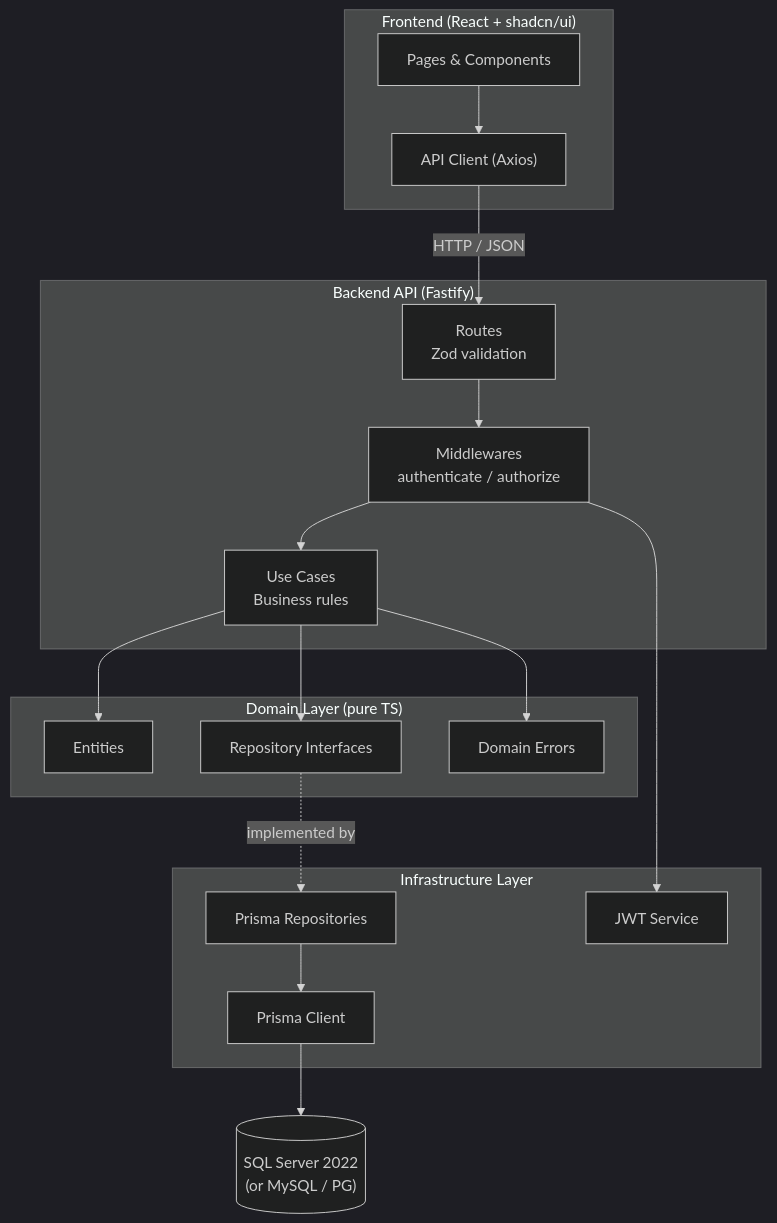
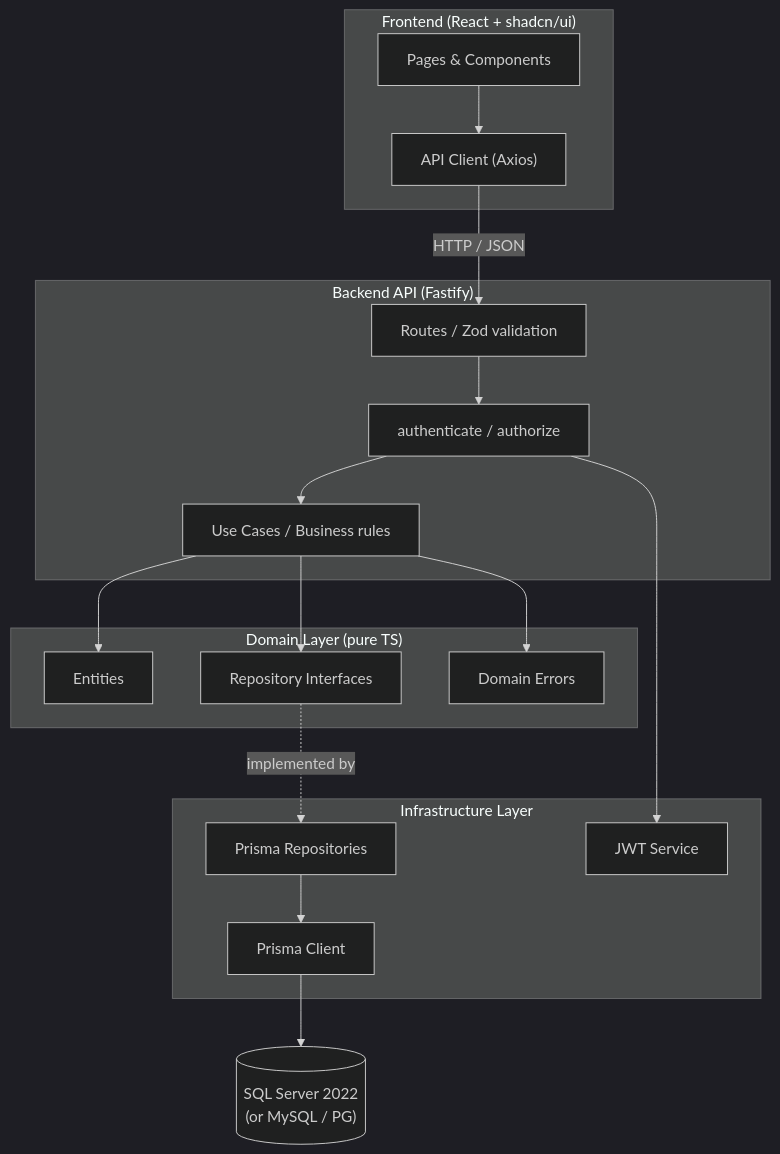
One commit to igustavo11/WRMS-technical changed the diagram in README.md. Above: the diagram before and after it, drawn with Mermaid (dark theme). The commit also changed other lines of this file and 1 other file, not shown here.

````diff
--- a/README.md
+++ b/README.md
@@ -144,36 +93,36 @@
 ```mermaid
 graph TB
     subgraph Frontend["Frontend (React + shadcn/ui)"]
         UI["Pages & Components"]
         API_Client["API Client (Axios)"]
         UI --> API_Client
     end
 
     subgraph Backend["Backend API (Fastify)"]
-        Routes["Routes<br/>Zod validation"]
-        Middlewares["Middlewares<br/>authenticate / authorize"]
-        UseCases["Use Cases<br/>Business rules"]
+        Routes["Routes / Zod validation"]
+        Middlewares["authenticate / authorize"]
+        UseCases["Use Cases / Business rules"]
         Routes --> Middlewares --> UseCases
     end
 
     subgraph Domain["Domain Layer (pure TS)"]
         Entities["Entities"]
         Repos["Repository Interfaces"]
         Errors["Domain Errors"]
     end
 
     subgraph Infrastructure["Infrastructure Layer"]
         PrismaRepos["Prisma Repositories"]
         PrismaClient["Prisma Client"]
         JWT["JWT Service"]
     end
 
     API_Client -->|"HTTP / JSON"| Routes
     UseCases --> Entities
     UseCases --> Errors
     UseCases --> Repos
     Repos -.->|"implemented by"| PrismaRepos
     PrismaRepos --> PrismaClient
     PrismaClient --> DB[("SQL Server 2022<br/>(or MySQL / PG)")]
     Middlewares --> JWT
 ```
````
